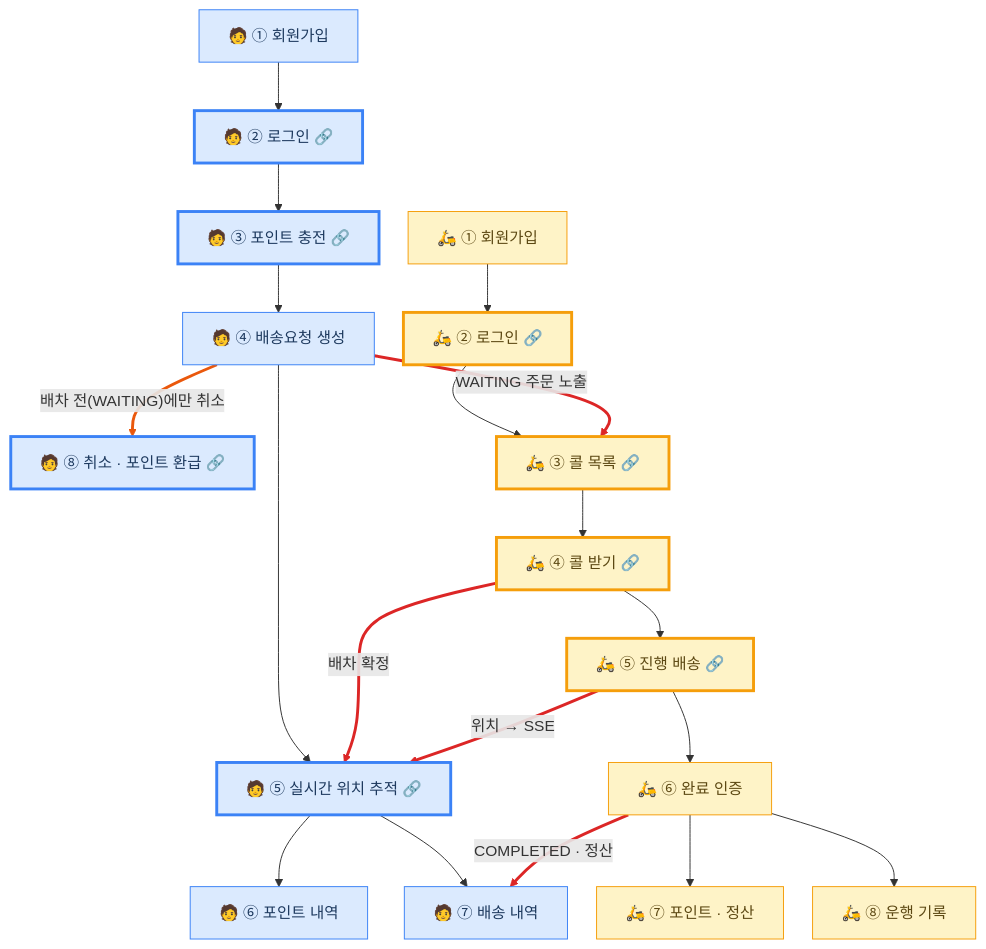
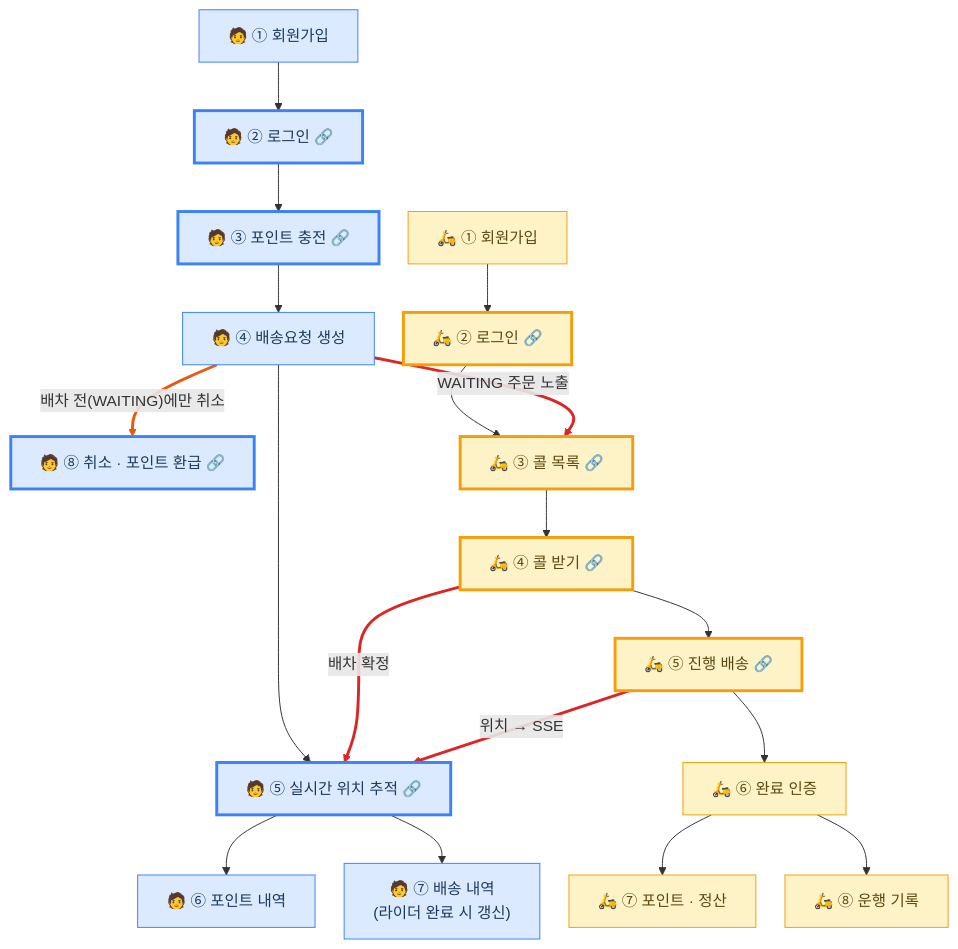
The diagram in README.md (softeerbootcamp-8th/WEB-Team7-Turkey), drawn with Mermaid before and after one commit.

Commit message:
docs: 완료 인증→배송 내역 화살표를 노드 내 텍스트로 대체해 하단 행 밀림 제거
Claude-Session: https://claude.ai/code/session_01NicajBR4ijyR3PYSFtFeUF

````diff
--- a/README.md
+++ b/README.md
@@ -41,35 +41,34 @@
 ```mermaid
 %%{init: {'flowchart': {'nodeSpacing': 30}}}%%
 flowchart TB
     C1["🧑 ① 회원가입"] --> C2["🧑 ② 로그인 🔗"] --> C3["🧑 ③ 포인트 충전 🔗"] --> C4["🧑 ④ 배송요청 생성"] --> C5["🧑 ⑤ 실시간 위치 추적 🔗"]
     C4 -->|"배차 전(WAITING)에만 취소"| C8["🧑 ⑧ 취소 · 포인트 환급 🔗"]
     C5 --> C6["🧑 ⑥ 포인트 내역"]
-    C5 --> C7["🧑 ⑦ 배송 내역"]
+    C5 --> C7["🧑 ⑦ 배송 내역<br/>(라이더 완료 시 갱신)"]
 
     R1["🛵 ① 회원가입"] --> R2["🛵 ② 로그인 🔗"] --> R3["🛵 ③ 콜 목록 🔗"] --> R4["🛵 ④ 콜 받기 🔗"] --> R5["🛵 ⑤ 진행 배송 🔗"] --> R6["🛵 ⑥ 완료 인증"]
     R6 --> R7["🛵 ⑦ 포인트 · 정산"]
     R6 --> R8["🛵 ⑧ 운행 기록"]
 
     C4 -->|"WAITING 주문 노출"| R3
     R4 -->|"배차 확정"| C5
     R5 -->|"위치 → SSE"| C5
-    R6 -->|"COMPLETED · 정산"| C7
 
     click C2 href "https://github.com/softeerbootcamp-8th/WEB-Team7-Turkey/wiki/CORE-쿠키-세션-인증방식" "CORE 쿠키-세션 인증방식"
     click R2 href "https://github.com/softeerbootcamp-8th/WEB-Team7-Turkey/wiki/CORE-쿠키-세션-인증방식" "CORE 쿠키-세션 인증방식"
     click C3 href "https://github.com/softeerbootcamp-8th/WEB-Team7-Turkey/wiki/CORE-결제-정합성" "CORE 결제 정합성"
     click C8 href "https://github.com/softeerbootcamp-8th/WEB-Team7-Turkey/wiki/CORE-주문-취소" "CORE 주문 취소"
     click C5 href "https://github.com/softeerbootcamp-8th/WEB-Team7-Turkey/wiki/CORE-실시간-위치-추적" "CORE 실시간 위치 추적"
     click R3 href "https://github.com/softeerbootcamp-8th/WEB-Team7-Turkey/wiki/CORE-콜-목록-조회" "CORE 콜 목록 조회"
     click R4 href "https://github.com/softeerbootcamp-8th/WEB-Team7-Turkey/wiki/CORE-배차-수락" "CORE 배차 수락"
     click R5 href "https://github.com/softeerbootcamp-8th/WEB-Team7-Turkey/wiki/CORE-배송-상태-전이" "CORE 배송 상태 전이"
 
     classDef cus fill:#dbeafe,stroke:#3b82f6,color:#1e3a5f
     classDef rid fill:#fef3c7,stroke:#f59e0b,color:#5c4813
     classDef core stroke-width:3px
     class C1,C2,C3,C4,C5,C6,C7,C8 cus
     class R1,R2,R3,R4,R5,R6,R7,R8 rid
     class C2,C3,C5,C8,R2,R3,R4,R5 core
-    linkStyle 14,15,16,17 stroke:#dc2626,stroke-width:3px
+    linkStyle 14,15,16 stroke:#dc2626,stroke-width:3px
     linkStyle 4 stroke:#ea580c,stroke-width:3px
 ```
````
